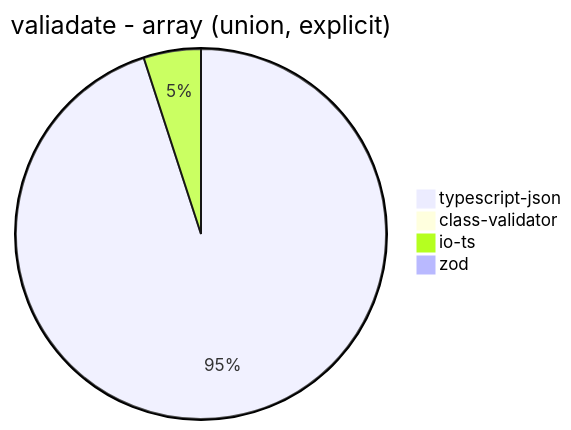
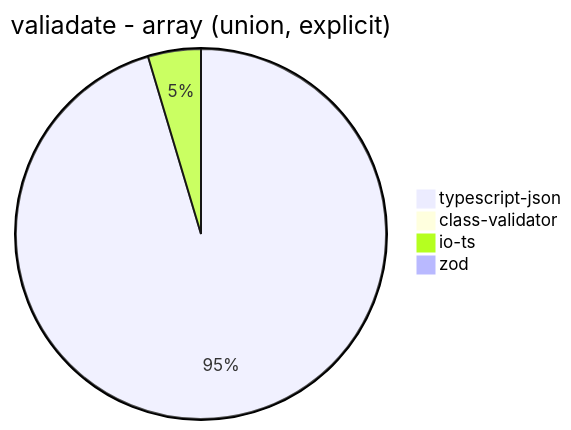
One commit to samchon/typia changed diagram 14 of 32 in benchmark/results/AMD Ryzen 7 5800H with Radeon Graphics.md. Above: the diagram before and after it, drawn with Mermaid. The commit also changed other lines of this file and 7 other files, not shown here.

````diff
--- a/benchmark/results/AMD Ryzen 7 5800H with Radeon Graphics.md
+++ b/benchmark/results/AMD Ryzen 7 5800H with Radeon Graphics.md
@@ -163,7 +163,7 @@
 ```mermaid
 pie title valiadate - array (union, explicit)
-  "typescript-json": 1590.6744972415022
-  "class-validator": 0
-  "io-ts": 83.77344745947916
-  "zod": 2.638522427440633
+  "typescript-json": 1772.1720658523632
+  "class-validator": 6.827164929931729
+  "io-ts": 85.79234972677595
+  "zod": 2.8280542986425337
 ```
````
